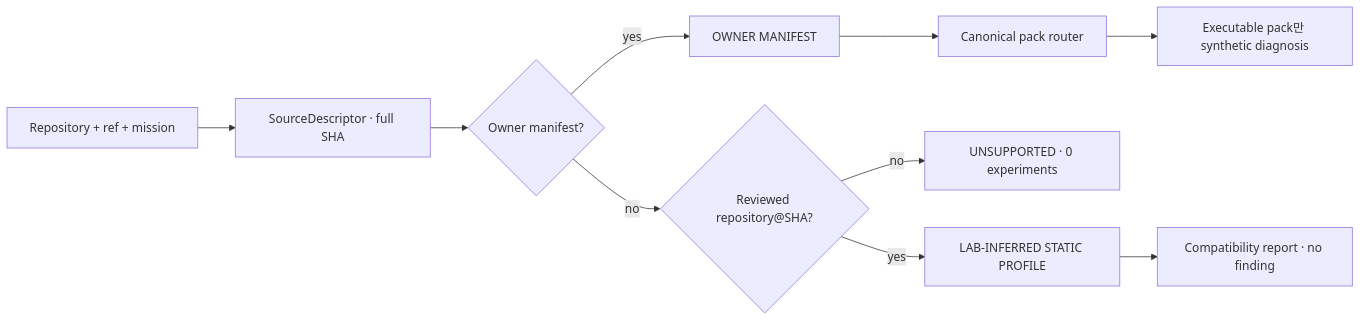
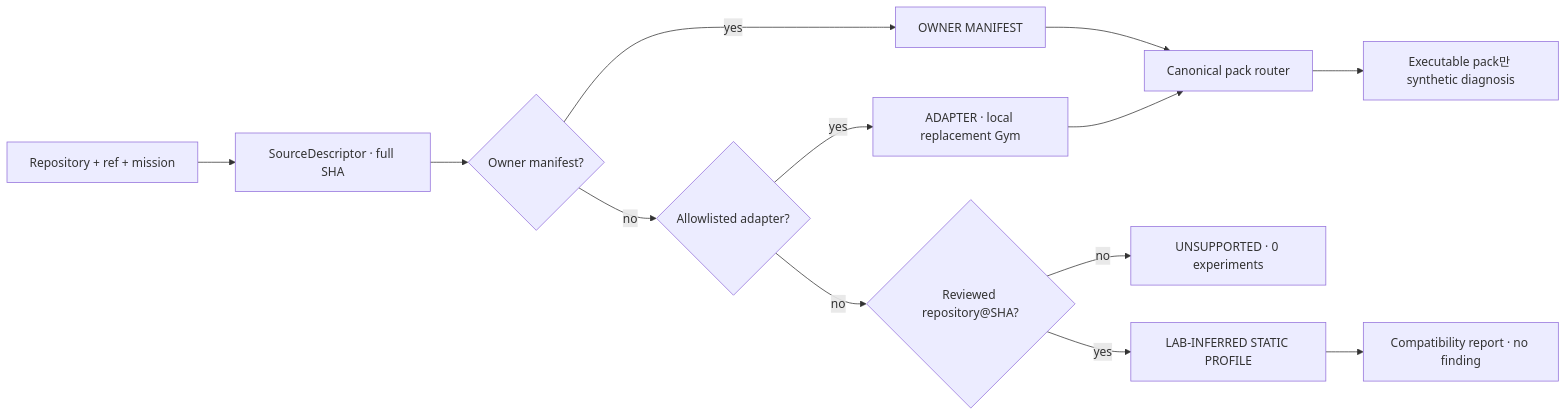
One commit to caffeine-fighter/AGENT24 changed the second of 2 diagrams in docs/architecture.md. Above: the diagram before and after it, drawn with Mermaid. The commit also changed other lines of this file and 53 other files, not shown here.

````diff
--- a/docs/architecture.md
+++ b/docs/architecture.md
@@ -27,12 +30,15 @@
 ```mermaid
 flowchart LR
     I["Repository + ref + mission"] --> S["SourceDescriptor · full SHA"]
     S --> M{"Owner manifest?"}
     M -- yes --> O["OWNER MANIFEST"]
-    M -- no --> P{"Reviewed repository@SHA?"}
+    M -- no --> A{"Allowlisted adapter?"}
+    A -- yes --> G["ADAPTER · local replacement Gym"]
+    A -- no --> P{"Reviewed repository@SHA?"}
     P -- yes --> L["LAB-INFERRED STATIC PROFILE"]
     P -- no --> X["UNSUPPORTED · 0 experiments"]
     O --> R["Canonical pack router"]
+    G --> R
     R --> D["Executable pack만 synthetic diagnosis"]
     L --> C["Compatibility report · no finding"]
 ```
````
